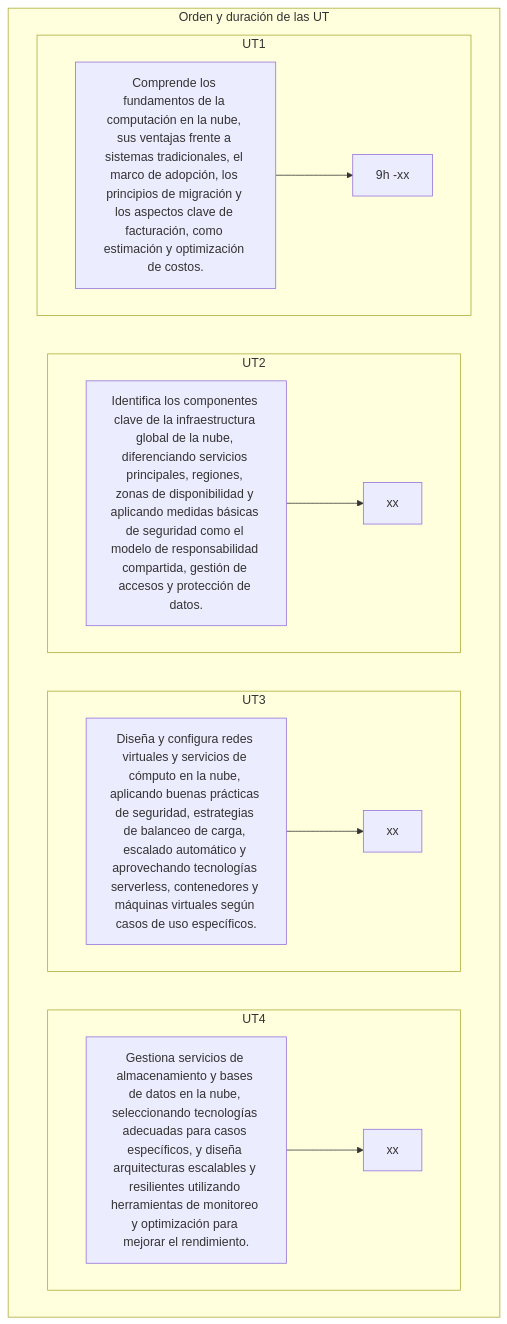
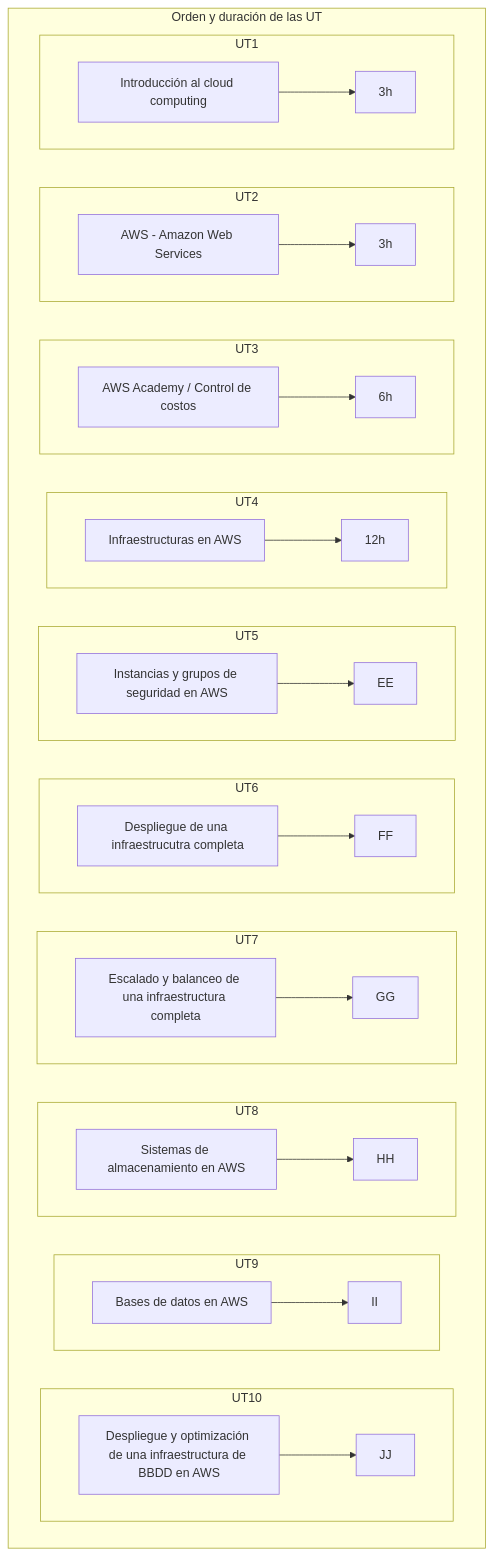
The diagram in docs/DAW/DAW_2/AWS/UT. 0-Temario.md (javieregeablasco/Apuntes), drawn with Mermaid before and after one commit. The commit also changed other lines of this file, not shown here.

Commit message:
Sep 7, 2026, 1:27 PM

````diff
--- a/docs/DAW/DAW_2/AWS/UT. 0-Temario.md
+++ b/docs/DAW/DAW_2/AWS/UT. 0-Temario.md
@@ -223,35 +223,79 @@
 ```mermaid
 flowchart TB 
-  A["Comprende los fundamentos de la computación en la nube, sus ventajas frente a sistemas tradicionales, el marco de adopción, los principios de migración y los aspectos clave de facturación, como estimación y optimización de costos."]
-  B["Identifica los componentes clave de la infraestructura global de la nube, diferenciando servicios principales, regiones, zonas de disponibilidad y aplicando medidas básicas de seguridad como el modelo de responsabilidad compartida, gestión de accesos y protección de datos."]
-  C["Diseña y configura redes virtuales y servicios de cómputo en la nube, aplicando buenas prácticas de seguridad, estrategias de balanceo de carga, escalado automático y aprovechando tecnologías serverless, contenedores y máquinas virtuales según casos de uso específicos."]
-  D["Gestiona servicios de almacenamiento y bases de datos en la nube, seleccionando tecnologías adecuadas para casos específicos, y diseña arquitecturas escalables y resilientes utilizando herramientas de monitoreo y optimización para mejorar el rendimiento."]
-  AA["9h -xx"]
-  BB["xx"]
-  CC["xx"]
-  DD["xx"]
+  A["Introducción al cloud computing"]
+  B["AWS - Amazon Web Services"]
+  C["AWS Academy / Control de costos"]
+  D["Infraestructuras en AWS"]
+  E["Instancias y grupos de seguridad en AWS"]
+  F["Despliegue de una infraestrucutra completa"]
+  G["Escalado y balanceo de una infraestructura completa"]
+  H["Sistemas de almacenamiento en AWS"]
+  I["Bases de datos en AWS"]
+  J["Despliegue y optimización de una infraestructura de BBDD en AWS"]
+  AA["3h"]
+  BB["3h"]
+  CC["6h"]
+  DD["3h"]
+  DD["12h"]
+  DD["12h"]
+  DD["6h"]
+  DD["3h"]
+  DD["6h"]
+  DD["12h"]
     
   subgraph Orden y duración de las UT
+
+    subgraph UT10  
+      direction LR
+      J --> JJ
+    end
+
+
+    subgraph UT9  
+      direction LR
+      I --> II
+    end
+    
+
+    subgraph UT8  
+      direction LR
+      H --> HH
+    end
+
+    subgraph UT7  
+      direction LR
+      G --> GG
+    end
+ 
+    subgraph UT6  
+      direction LR
+      F --> FF
+    end
+    
+    subgraph UT5  
+      direction LR
+      E --> EE
+    end
 
     subgraph UT4  
       direction LR
       D --> DD
     end
     
     subgraph UT3  
       direction LR
       C --> CC
     end
 
     subgraph UT2 
       direction LR
       B --> BB
     end  
 
     subgraph UT1 
       direction LR
       A --> AA
     end
 
   end
 ```
````
